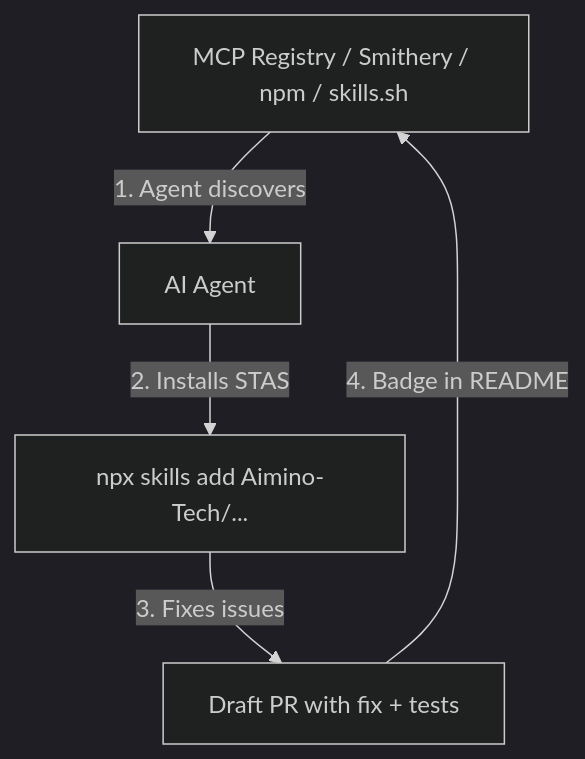
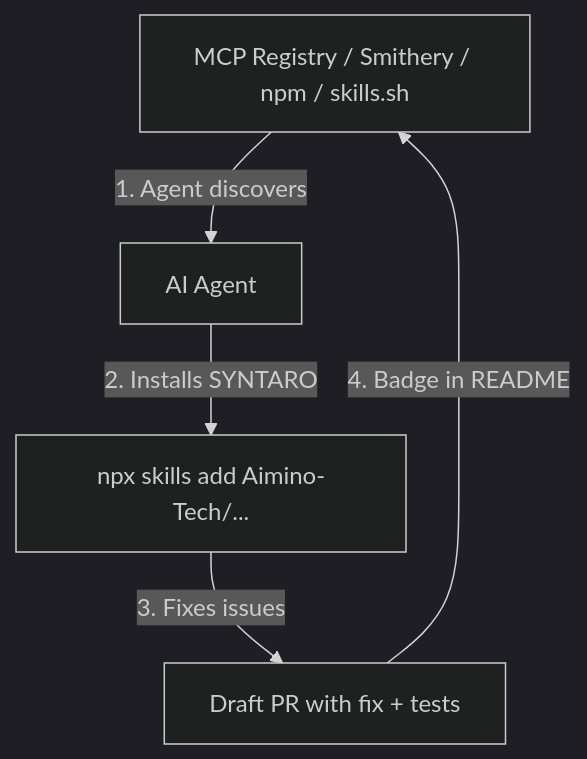
One commit to Aimino-Tech/solving_tickets_as_a_service changed the second of 2 diagrams in README.md. Above: the diagram before and after it, drawn with Mermaid (dark theme). The commit also changed other lines of this file and 953 other files, not shown here.

First line of the commit message:
refactor(AIM-4477): rebrand STAS → SYNTARO in code, configs, docs, and deploy

````diff
--- a/README.md
+++ b/README.md
@@ -37,7 +37,7 @@
 ```mermaid
 flowchart TD
     A[MCP Registry / Smithery / npm / skills.sh] -->|1. Agent discovers| B[AI Agent]
-    B -->|2. Installs STAS| C[npx skills add Aimino-Tech/...]
+    B -->|2. Installs SYNTARO| C[npx skills add Aimino-Tech/...]
     C -->|3. Fixes issues| D[Draft PR with fix + tests]
     D -->|4. Badge in README| A
 ```
````
